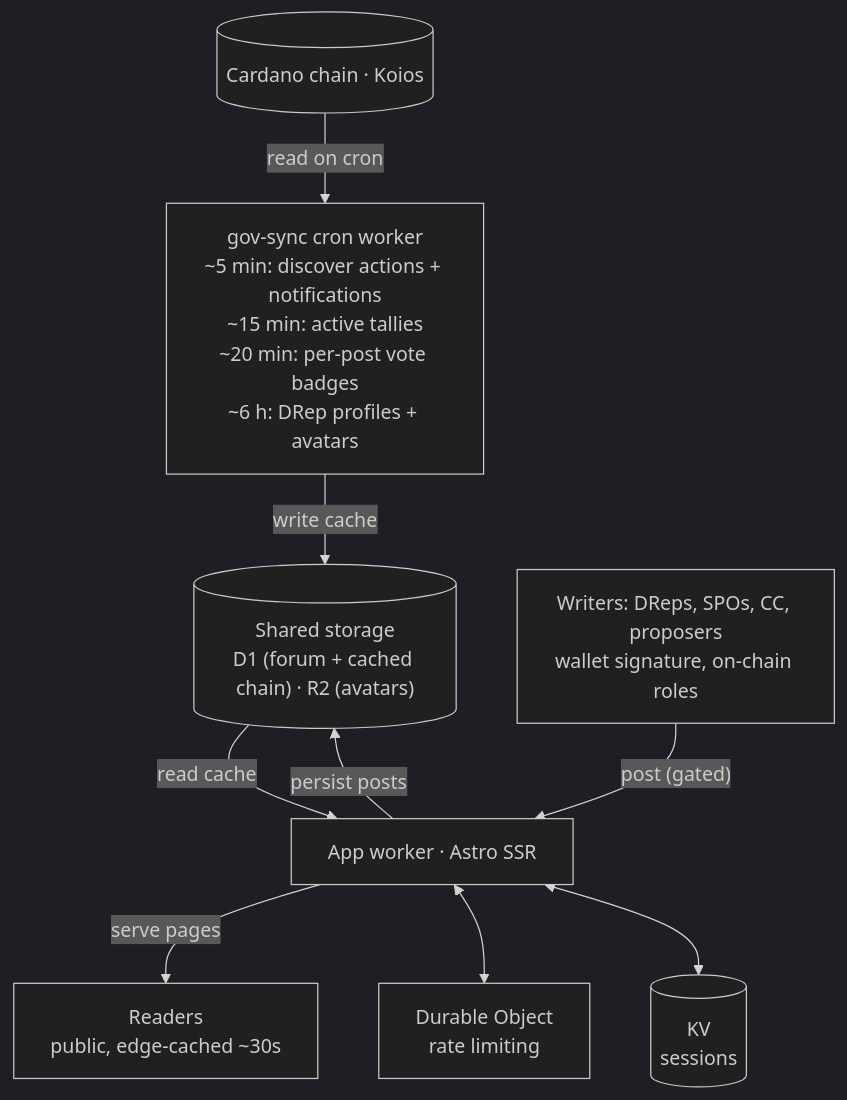
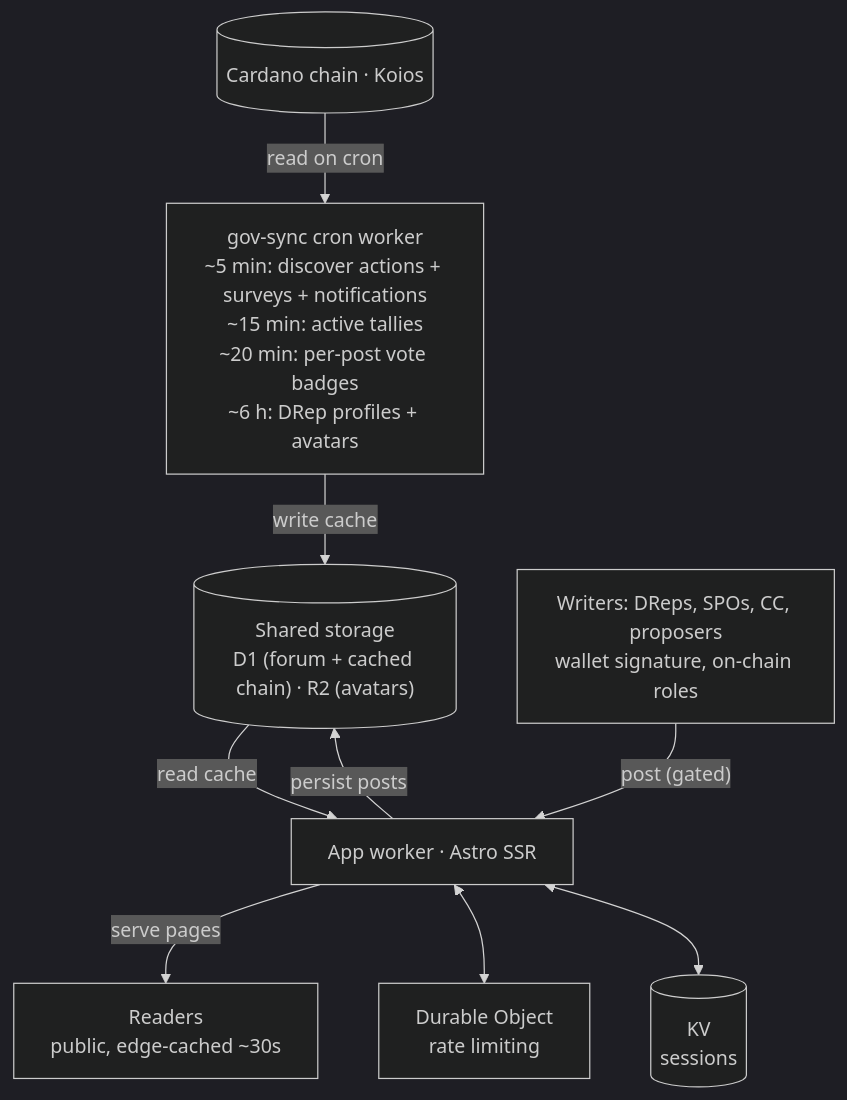
Before and after one commit to katomm/dreptalk.com: the diagram in README.md, drawn with Mermaid (dark theme). The commit also changed other lines of this file and 4 other files, not shown here.

````diff
--- a/README.md
+++ b/README.md
@@ -48,20 +57,20 @@
 ```mermaid
 flowchart TB
     chain[("Cardano chain · Koios")]
-    cron["gov-sync cron worker<br/>~5 min: discover actions + notifications<br/>~15 min: active tallies<br/>~20 min: per-post vote badges<br/>~6 h: DRep profiles + avatars"]
+    cron["gov-sync cron worker<br/>~5 min: discover actions + surveys + notifications<br/>~15 min: active tallies<br/>~20 min: per-post vote badges<br/>~6 h: DRep profiles + avatars"]
     store[("Shared storage<br/>D1 (forum + cached chain) · R2 (avatars)")]
     app["App worker · Astro SSR"]
     do["Durable Object<br/>rate limiting"]
     kv[("KV<br/>sessions")]
     readers["Readers<br/>public, edge-cached ~30s"]
     writers["Writers: DReps, SPOs, CC, proposers<br/>wallet signature, on-chain roles"]
 
     chain -- "read on cron" --> cron
     cron -- "write cache" --> store
     store -- "read cache" --> app
     app -- "persist posts" --> store
     writers -- "post (gated)" --> app
     app -- "serve pages" --> readers
     app <--> do
     app <--> kv
 ```
````
